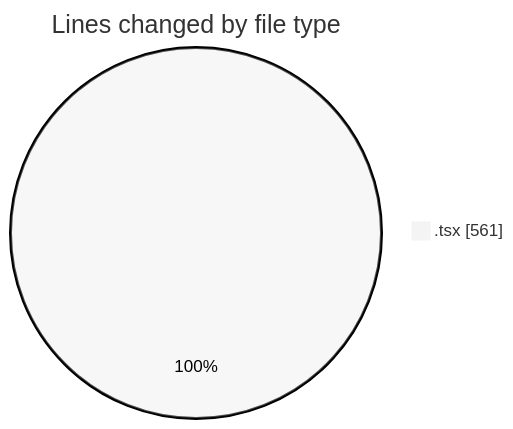
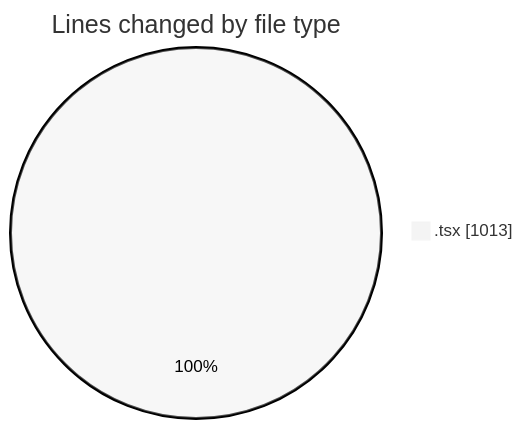
The first of 2 diagrams in 2025-03-20/cda/README.md (momahboobian/code-tracking), drawn with Mermaid (neutral theme) before and after one commit. The commit also changed other lines of this file and 1 other file, not shown here.

````diff
--- a/2025-03-20/cda/README.md
+++ b/2025-03-20/cda/README.md
@@ -22,5 +22,5 @@
 ```mermaid
 pie showData
 title Lines changed by file type
-".tsx" : 561
+".tsx" : 1013
 ```
````
